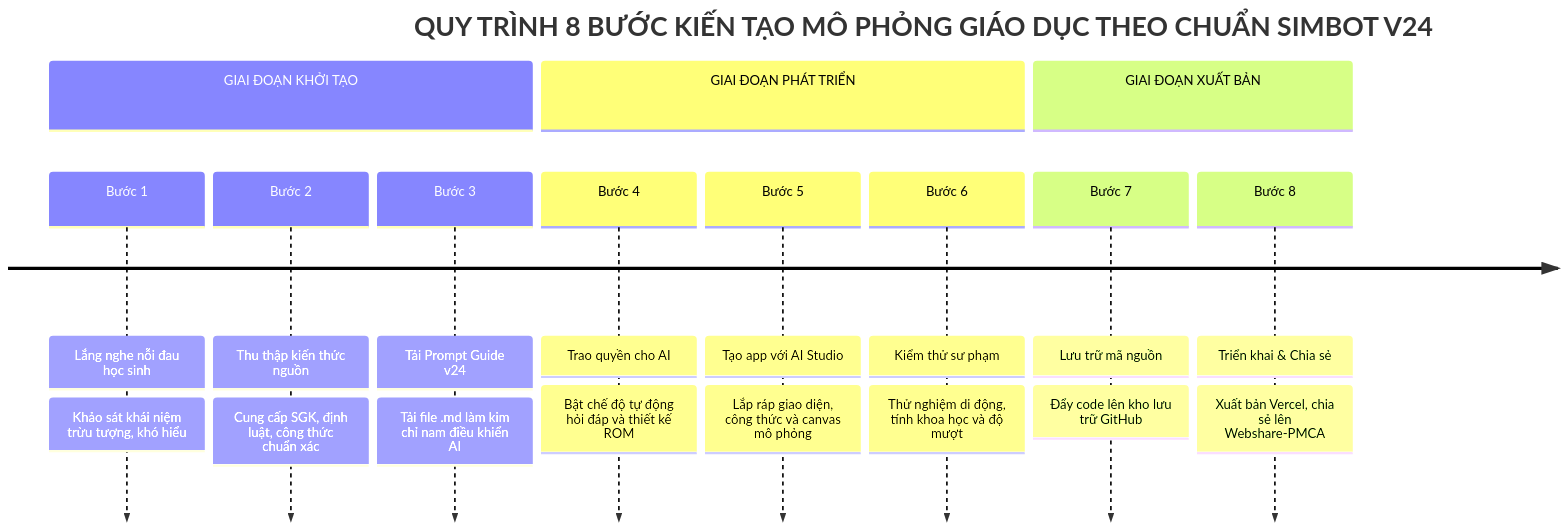
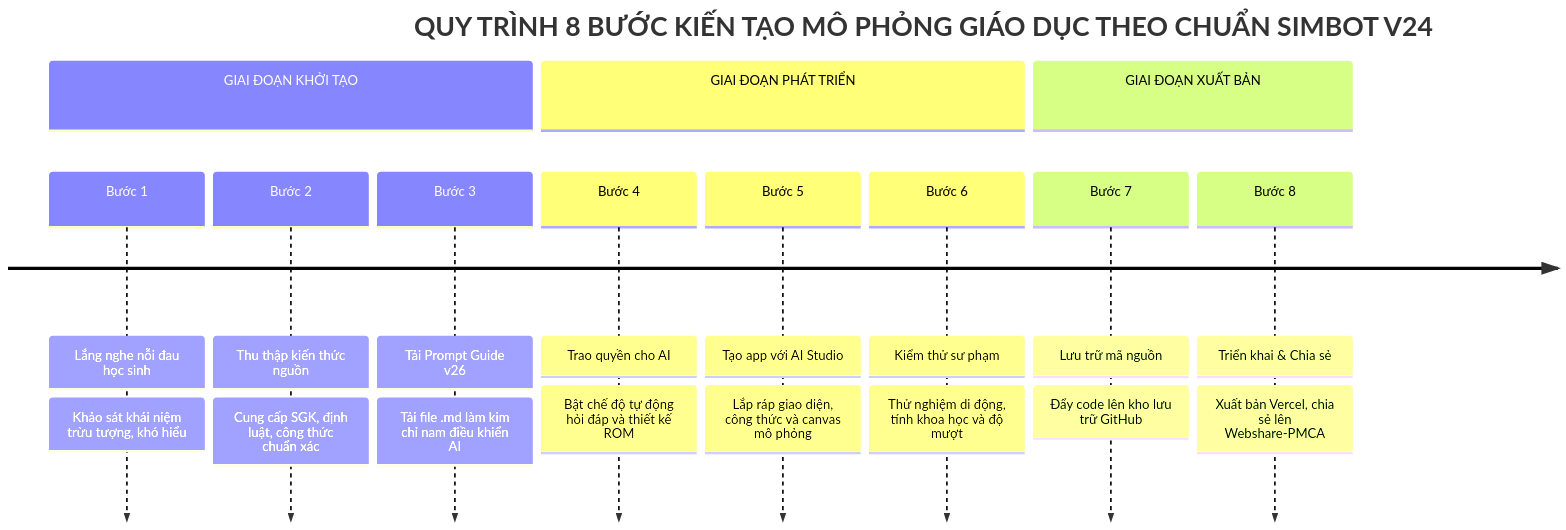
Before and after one commit to ltliem89/webhubshowcase: the fifth of 5 diagrams in EduCam/xuatra_anh.md, drawn with Mermaid. The commit also changed other lines of this file and 12 other files, not shown here.

Commit message:
feat(guide): update prompt guide to SIMBOT_UNIVERSAL_PROMPT_GUIDE_V26.md

````diff
--- a/EduCam/xuatra_anh.md
+++ b/EduCam/xuatra_anh.md
@@ -238,15 +238,15 @@
 ```mermaid
 timeline
     title QUY TRÌNH 8 BƯỚC KIẾN TẠO MÔ PHỎNG GIÁO DỤC THEO CHUẨN SIMBOT V24
     section GIAI ĐOẠN KHỞI TẠO
         Bước 1 : Lắng nghe nỗi đau học sinh : Khảo sát khái niệm trừu tượng, khó hiểu
         Bước 2 : Thu thập kiến thức nguồn : Cung cấp SGK, định luật, công thức chuẩn xác
-        Bước 3 : Tải Prompt Guide v24 : Tải file .md làm kim chỉ nam điều khiển AI
+        Bước 3 : Tải Prompt Guide v26 : Tải file .md làm kim chỉ nam điều khiển AI
     section GIAI ĐOẠN PHÁT TRIỂN
         Bước 4 : Trao quyền cho AI : Bật chế độ tự động hỏi đáp và thiết kế ROM
         Bước 5 : Tạo app với AI Studio : Lắp ráp giao diện, công thức và canvas mô phỏng
         Bước 6 : Kiểm thử sư phạm : Thử nghiệm di động, tính khoa học và độ mượt
     section GIAI ĐOẠN XUẤT BẢN
         Bước 7 : Lưu trữ mã nguồn : Đẩy code lên kho lưu trữ GitHub
         Bước 8 : Triển khai & Chia sẻ : Xuất bản Vercel, chia sẻ lên Webshare-PMCA
 ```
````
